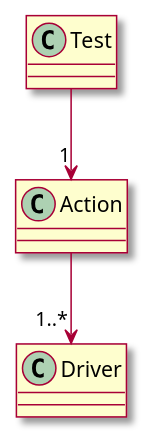
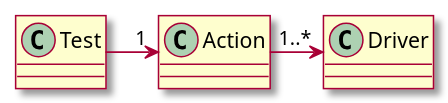
One commit to Xiphereal/FlowTaskManagement changed the diagram in Desktop.Tests/e2e/e2eArchitecture.puml. Above: the diagram before and after it, drawn with PlantUML.

Commit message:
docs: lay diagram horizontally

```diff
--- a/Desktop.Tests/e2e/e2eArchitecture.puml
+++ b/Desktop.Tests/e2e/e2eArchitecture.puml
@@ -1,8 +1,8 @@
 @startuml
 'https://plantuml.com/class-diagram
 skin rose
 
-Test --> "1" Action
-Action --> "1..*" Driver
+Test -> "1" Action
+Action -> "1..*" Driver
 
 @enduml
```
